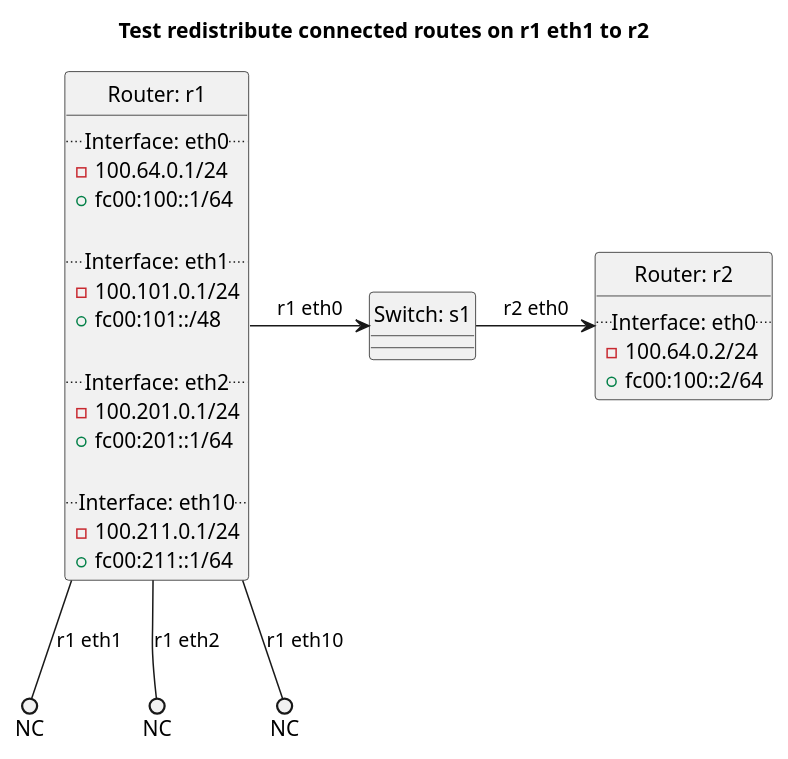
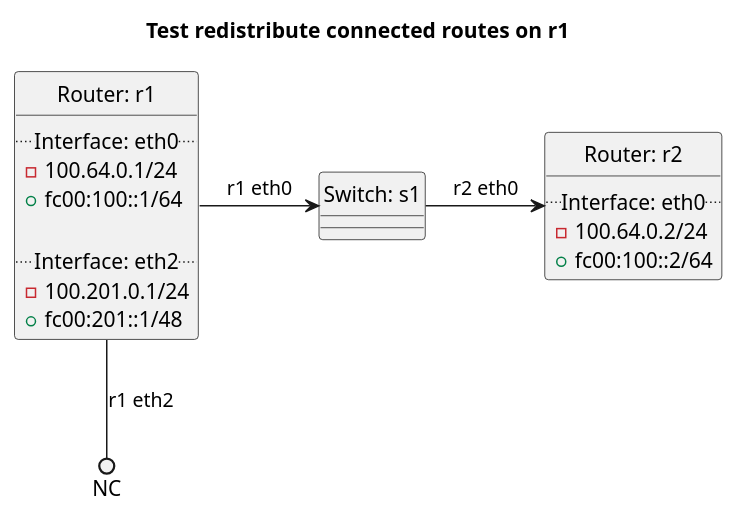
The diagram in tests/t40_bgp/t30_redistribute_connected/README.md (oscdev-io/birdplan), drawn with PlantUML before and after one commit. The commit also changed other lines of this file and 1499 other files, not shown here.

````diff
--- a/tests/t40_bgp/t30_redistribute_connected/README.md
+++ b/tests/t40_bgp/t30_redistribute_connected/README.md
@@ -18,43 +16,33 @@
 ```plantuml
 @startuml
 hide circle
-title Test redistribute connected routes on r1 eth1 to r2
+title Test redistribute connected routes on r1
 
 
 class "Router: r1" {
   .. Interface: eth0 ..
 - 100.64.0.1/24
 + fc00:100::1/64
 
-  .. Interface: eth1 ..
-- 100.101.0.1/24
-+ fc00:101::/48
-
   .. Interface: eth2 ..
 - 100.201.0.1/24
-+ fc00:201::1/64
-
-  .. Interface: eth10 ..
-- 100.211.0.1/24
-+ fc00:211::1/64
++ fc00:201::1/48
 }
 
 
 class "Router: r2" {
   .. Interface: eth0 ..
 - 100.64.0.2/24
 + fc00:100::2/64
 }
 
 
 class "Switch: s1" {}
 
 
 "Router: r1" -> "Switch: s1": r1 eth0
 "Switch: s1" -> "Router: r2": r2 eth0
-"Router: r1" --() NC: r1 eth1
 "Router: r1" --() NC: r1 eth2
-"Router: r1" --() NC: r1 eth10
 
 @enduml
 ```
````
